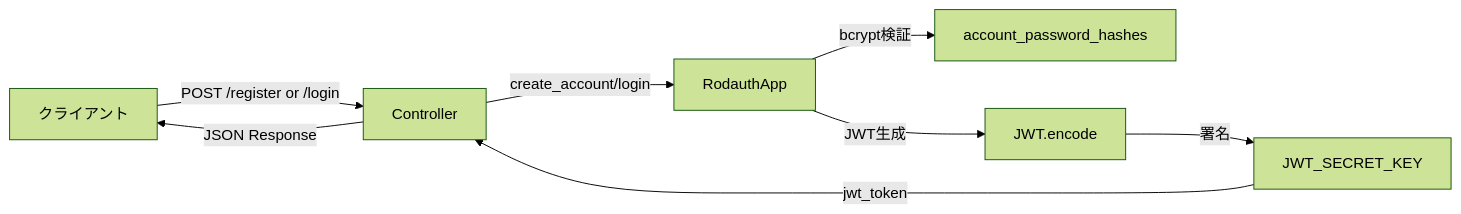
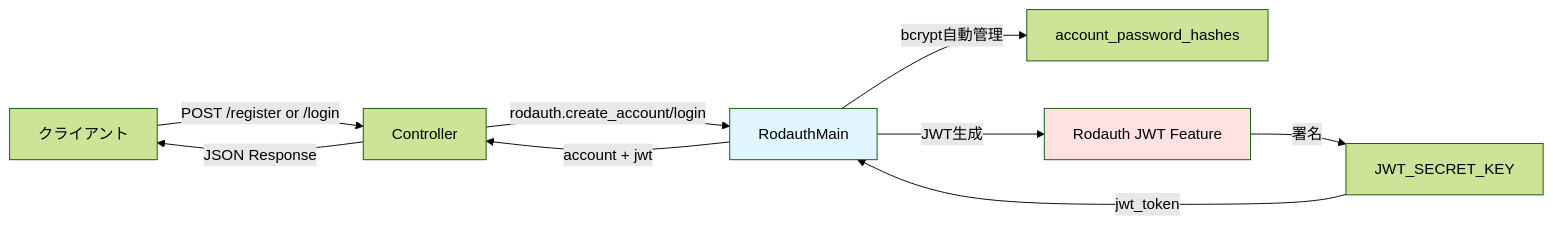
Before and after one commit to gitkado/super-shiharai-kun-rb: the second of 6 diagrams in specs/authentication/design.md, drawn with Mermaid (forest theme). The commit also changed other lines of this file and 4 other files, not shown here.

````diff
--- a/specs/authentication/design.md
+++ b/specs/authentication/design.md
@@ -298,10 +503,14 @@
 ```mermaid
 flowchart LR
     A[クライアント] -->|POST /register or /login| B[Controller]
-    B -->|create_account/login| C[RodauthApp]
-    C -->|bcrypt検証| D[account_password_hashes]
-    C -->|JWT生成| E[JWT.encode]
+    B -->|rodauth.create_account/login| C[RodauthMain]
+    C -->|bcrypt自動管理| D[account_password_hashes]
+    C -->|JWT生成| E[Rodauth JWT Feature]
     E -->|署名| F[JWT_SECRET_KEY]
-    F -->|jwt_token| B
+    F -->|jwt_token| C
+    C -->|account + jwt| B
     B -->|JSON Response| A
+
+    style C fill:#e1f5ff
+    style E fill:#ffe1e1
 ```
````
